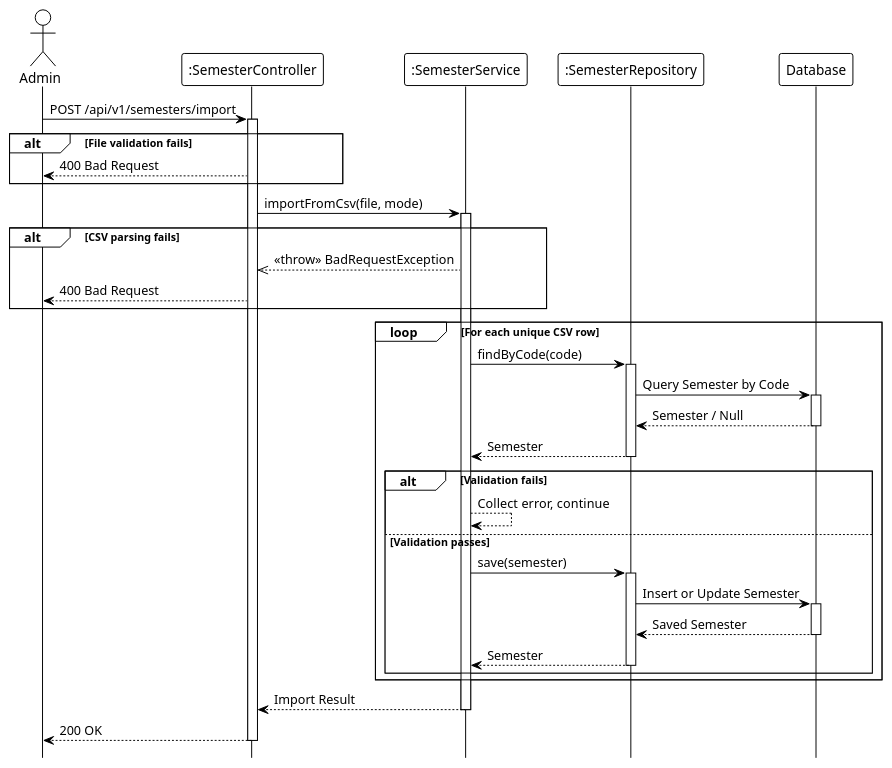
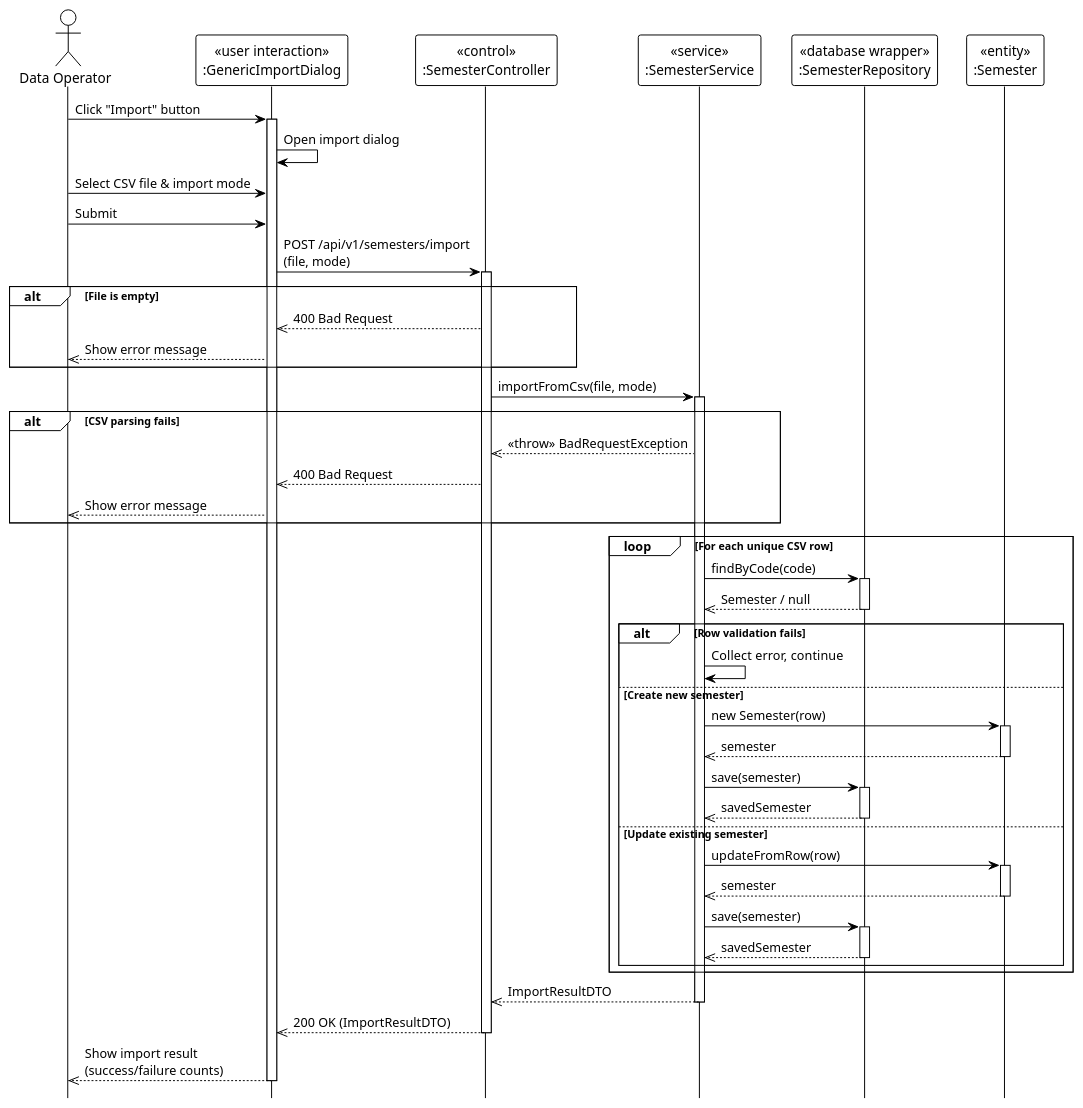
The diagram in system_detailed_design/10_import_csv_semester/sequence_diagram_import_csv_semester.puml (Ndh474/context), drawn with PlantUML before and after one commit. The commit also changed 6 other files, not shown here.

Commit message:
docs(system_detailed_design): update semester sequence diagrams with UML stereotypes

```diff
--- a/system_detailed_design/10_import_csv_semester/sequence_diagram_import_csv_semester.puml
+++ b/system_detailed_design/10_import_csv_semester/sequence_diagram_import_csv_semester.puml
@@ -1,72 +1,81 @@
 @startuml import_csv_semester
 !theme plain
 hide footbox
 
-actor Admin
-participant ":SemesterController" as Controller
-participant ":SemesterService" as Service
-participant ":SemesterRepository" as Repository
-participant "Database" as DB
+actor "Data Operator" as DataOperator
 
-' --- MAIN FLOW ---
-Admin -> Controller: POST /api/v1/semesters/import
+participant "«user interaction»\n:GenericImportDialog" as UI
+participant "«control»\n:SemesterController" as Controller
+participant "«service»\n:SemesterService" as Service
+participant "«database wrapper»\n:SemesterRepository" as Repository
+participant "«entity»\n:Semester" as Entity
+
+' === MAIN FLOW ===
+DataOperator -> UI: Click "Import" button
+activate UI
+
+UI -> UI: Open import dialog
+
+DataOperator -> UI: Select CSV file & import mode
+
+DataOperator -> UI: Submit
+UI -> Controller: POST /api/v1/semesters/import\n(file, mode)
 activate Controller
 
-' File validation (internal)
-
-alt File validation fails
-    Controller --> Admin: 400 Bad Request
+alt File is empty
+    Controller -->> UI: 400 Bad Request
+    UI -->> DataOperator: Show error message
 end
 
 Controller -> Service: importFromCsv(file, mode)
 activate Service
 
-' CSV parsing and deduplication (internal)
-
+' === PARSE CSV ===
 alt CSV parsing fails
     Service -->> Controller: <<throw>> BadRequestException
-    Controller --> Admin: 400 Bad Request
+    Controller -->> UI: 400 Bad Request
+    UI -->> DataOperator: Show error message
 end
 
-' --- BATCH PROCESSING LOOP ---
+' === BATCH PROCESSING ===
 loop For each unique CSV row
-    ' Row validation (internal)
-
     Service -> Repository: findByCode(code)
     activate Repository
-
-    Repository -> DB: Query Semester by Code
-    activate DB
-    DB --> Repository: Semester / Null
-    deactivate DB
-
-    Repository --> Service: Semester
+    Repository -->> Service: Semester / null
     deactivate Repository
 
-    ' Business logic: create or update based on mode (internal)
+    alt Row validation fails
+        Service -> Service: Collect error, continue
+    else Create new semester
+        Service -> Entity: new Semester(row)
+        activate Entity
+        Entity -->> Service: semester
+        deactivate Entity
 
-    alt Validation fails
-        Service --> Service: Collect error, continue
-    else Validation passes
         Service -> Repository: save(semester)
         activate Repository
+        Repository -->> Service: savedSemester
+        deactivate Repository
+    else Update existing semester
+        Service -> Entity: updateFromRow(row)
+        activate Entity
+        Entity -->> Service: semester
+        deactivate Entity
 
-        Repository -> DB: Insert or Update Semester
-        activate DB
-        DB --> Repository: Saved Semester
-        deactivate DB
-
-        Repository --> Service: Semester
+        Service -> Repository: save(semester)
+        activate Repository
+        Repository -->> Service: savedSemester
         deactivate Repository
     end
 end
 
-' Build result with success/failure counts (internal)
-
-Service --> Controller: Import Result
+Service -->> Controller: ImportResultDTO
 deactivate Service
 
-Controller --> Admin: 200 OK
+Controller -->> UI: 200 OK (ImportResultDTO)
 deactivate Controller
 
+UI -->> DataOperator: Show import result\n(success/failure counts)
+deactivate UI
+
 @enduml
```
